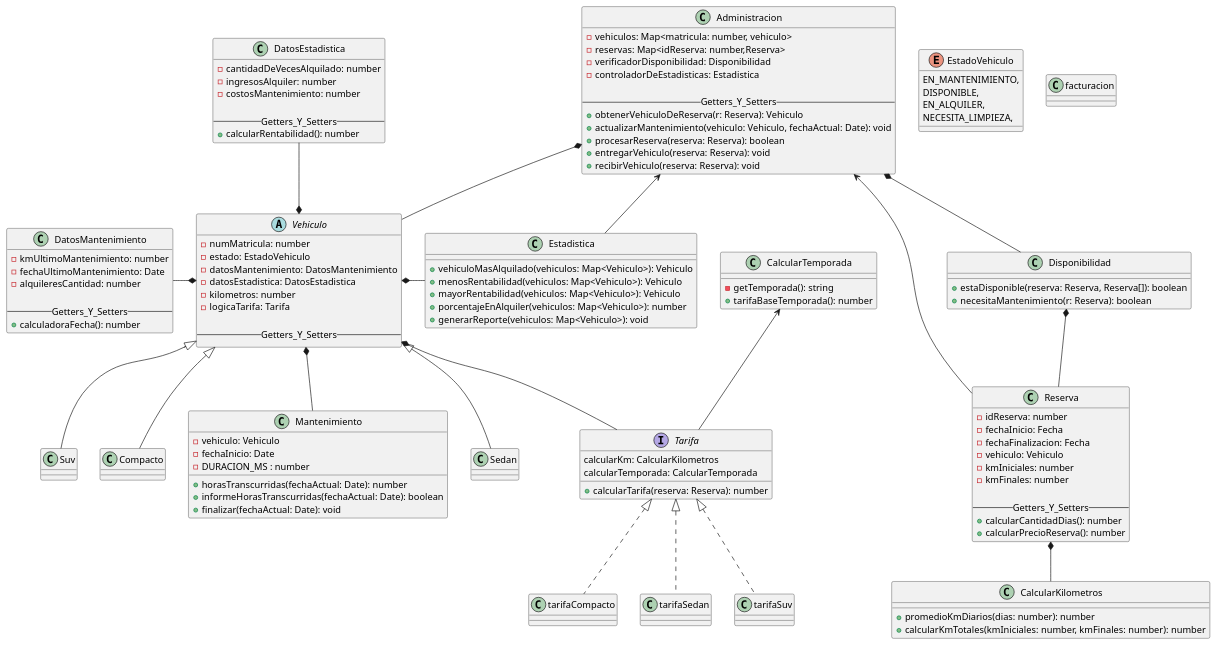
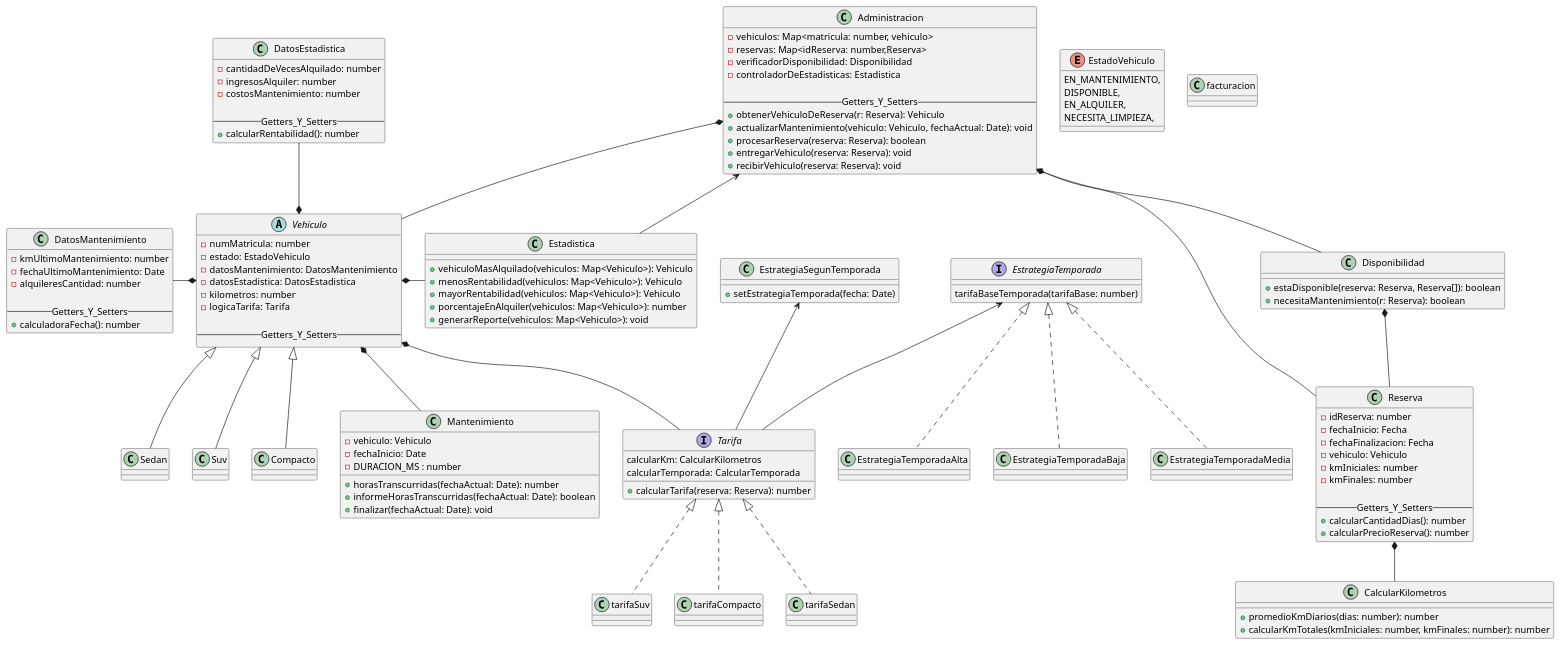
The diagram in diagramas/clases/clases.puml (Nash-Blip/Programaci-n-II), drawn with PlantUML before and after one commit.

```diff
--- a/diagramas/clases/clases.puml
+++ b/diagramas/clases/clases.puml
@@ -1,134 +1,144 @@
 @startuml name prototipoTP
 
 abstract class Vehiculo{
     - numMatricula: number
     - estado: EstadoVehiculo
     - datosMantenimiento: DatosMantenimiento
     - datosEstadistica: DatosEstadistica
     - kilometros: number
     - logicaTarifa: Tarifa
 
     --Getters_Y_Setters--
 }
 
 class Sedan extends Vehiculo{}
 class Suv extends Vehiculo{}
 class Compacto extends Vehiculo{}
 
-class CalcularTemporada{
-    -getTemporada(): string
-    +tarifaBaseTemporada(): number
+class EstrategiaSegunTemporada{
+    +setEstrategiaTemporada(fecha: Date)
 }
+
+interface EstrategiaTemporada{
+    tarifaBaseTemporada(tarifaBase: number)
+}
+
+class EstrategiaTemporadaAlta implements EstrategiaTemporada{}
+
+class EstrategiaTemporadaBaja implements EstrategiaTemporada{}
+
+class EstrategiaTemporadaMedia implements EstrategiaTemporada{}
 
 class DatosEstadistica{
     -cantidadDeVecesAlquilado: number
     -ingresosAlquiler: number
     -costosMantenimiento: number
 
     --Getters_Y_Setters--
     +calcularRentabilidad(): number
 }
 
 class Mantenimiento{
     - vehiculo: Vehiculo
     - fechaInicio: Date
     - DURACION_MS : number
 
     +horasTranscurridas(fechaActual: Date): number
     +informeHorasTranscurridas(fechaActual: Date): boolean
     +finalizar(fechaActual: Date): void
 }
 
 class DatosMantenimiento{
     -kmUltimoMantenimiento: number
     -fechaUltimoMantenimiento: Date 
     -alquileresCantidad: number
 
     --Getters_Y_Setters--
     + calculadoraFecha(): number
 }
 
 interface Tarifa{
     calcularKm: CalcularKilometros
     calcularTemporada: CalcularTemporada
     +calcularTarifa(reserva: Reserva): number
 }
 
 class tarifaSuv implements Tarifa{}
 
 class tarifaCompacto implements Tarifa{}
 
 class tarifaSedan implements Tarifa{}
 
 class Reserva{
     -idReserva: number
     -fechaInicio: Fecha
     -fechaFinalizacion: Fecha
     -vehiculo: Vehiculo
     -kmIniciales: number
     -kmFinales: number
 
     --Getters_Y_Setters--
     +calcularCantidadDias(): number
     +calcularPrecioReserva(): number
 }
 
 class CalcularKilometros{
     +promedioKmDiarios(dias: number): number
     +calcularKmTotales(kmIniciales: number, kmFinales: number): number
 }
 
 enum EstadoVehiculo{
     EN_MANTENIMIENTO,
     DISPONIBLE,
     EN_ALQUILER,
     NECESITA_LIMPIEZA,
 }
 
 class facturacion{
 
 }
 
 class Administracion{
     -vehiculos: Map<matricula: number, vehiculo>
     -reservas: Map<idReserva: number,Reserva>
     -verificadorDisponibilidad: Disponibilidad
     -controladorDeEstadisticas: Estadistica
 
     --Getters_Y_Setters--
     +obtenerVehiculoDeReserva(r: Reserva): Vehiculo
     +actualizarMantenimiento(vehiculo: Vehiculo, fechaActual: Date): void
     +procesarReserva(reserva: Reserva): boolean
     +entregarVehiculo(reserva: Reserva): void
     +recibirVehiculo(reserva: Reserva): void
 }
 
 class Disponibilidad{
     + estaDisponible(reserva: Reserva, Reserva[]): boolean
     + necesitaMantenimiento(r: Reserva): boolean
 }
 
 class Estadistica{
     + vehiculoMasAlquilado(vehiculos: Map<Vehiculo>): Vehiculo
     + menosRentabilidad(vehiculos: Map<Vehiculo>): Vehiculo
     + mayorRentabilidad(vehiculos: Map<Vehiculo>): Vehiculo
     + porcentajeEnAlquiler(vehiculos: Map<Vehiculo>): number
     + generarReporte(vehiculos: Map<Vehiculo>): void
 }
 
 
 ' Relaciones
 Vehiculo *-- Tarifa
 Administracion *-- Vehiculo
 Disponibilidad *-- Reserva
 Reserva *-- CalcularKilometros
 Administracion *-- Disponibilidad
 Administracion <-- Reserva
 Vehiculo *-u- DatosEstadistica
 Vehiculo *-l- DatosMantenimiento
 Vehiculo *-r- Estadistica
-CalcularTemporada <-- Tarifa
+EstrategiaSegunTemporada <-- Tarifa
+EstrategiaTemporada <-- Tarifa
 Vehiculo *-- Mantenimiento
 Administracion <-- Estadistica
 
 @enduml
```
